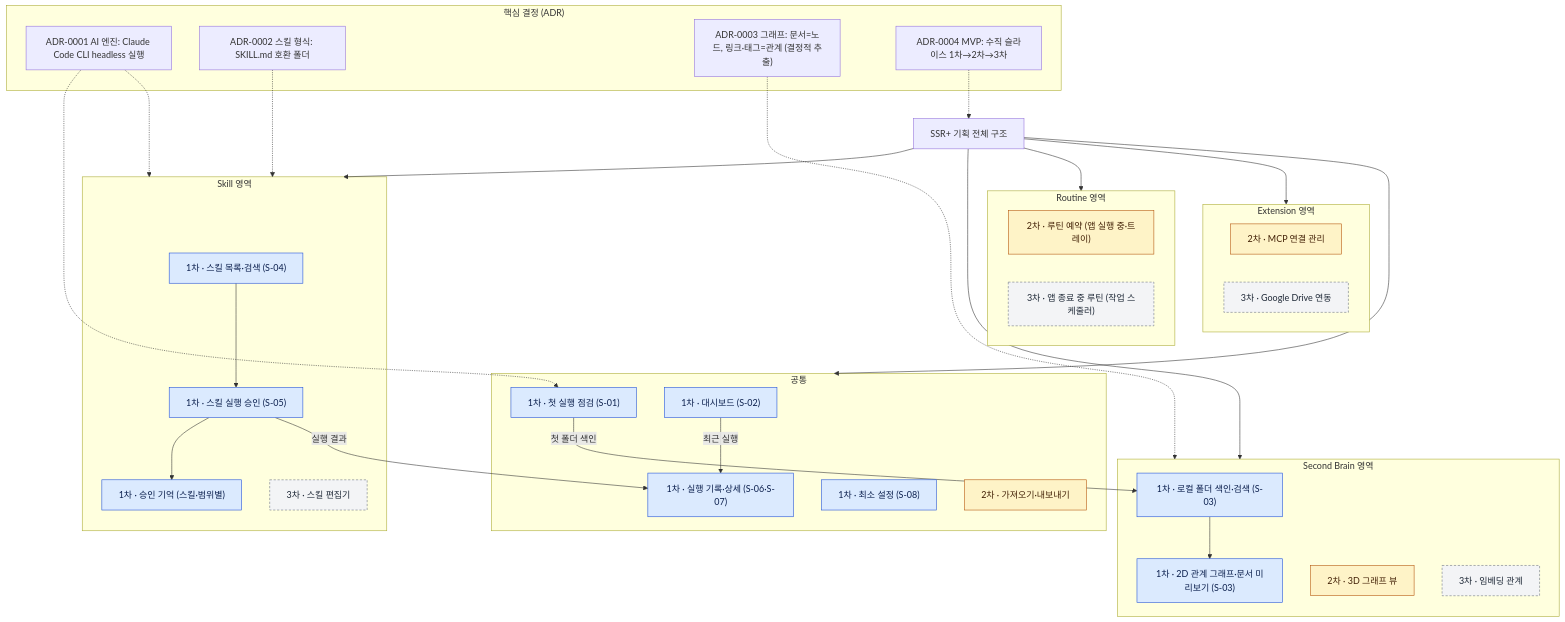
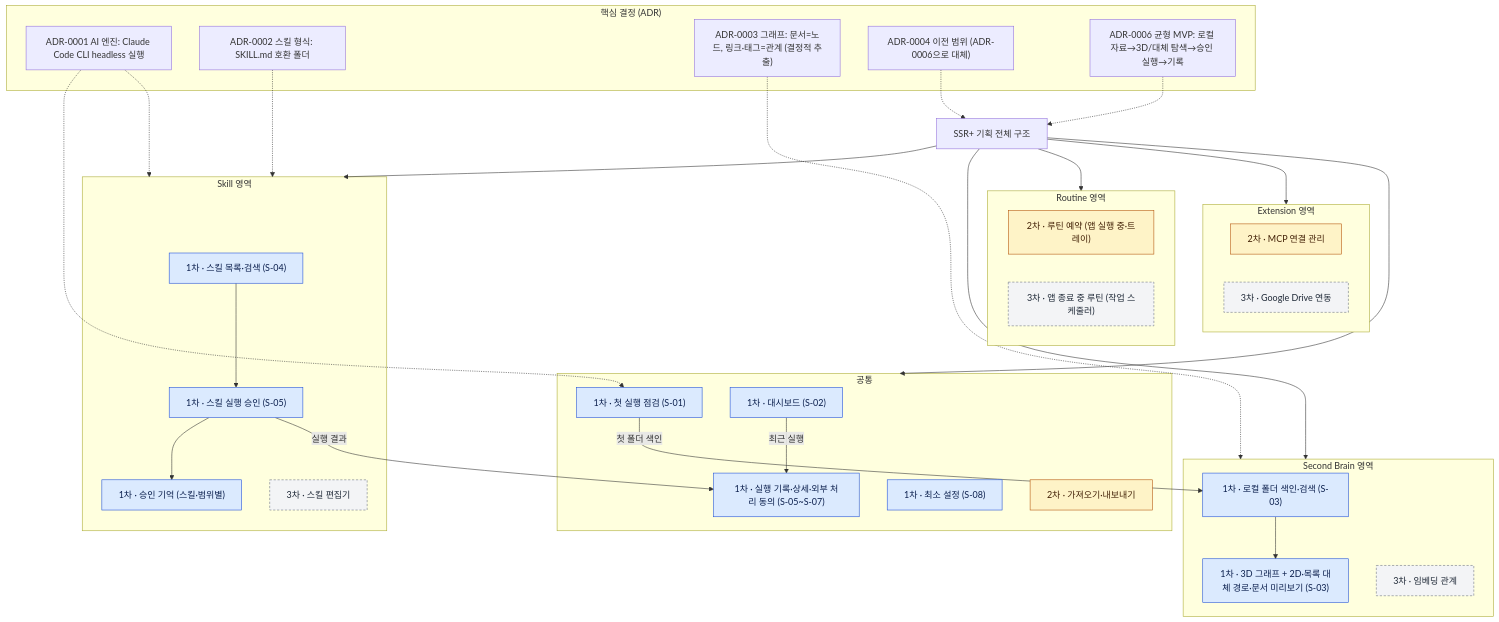
The diagram in docs/diagrams/plan-overview.mmd (DevOps0906/Nomad-Agents-Lab), drawn with Mermaid before and after one commit. The commit also changed 34 other files, not shown here.

```diff
--- a/docs/diagrams/plan-overview.mmd
+++ b/docs/diagrams/plan-overview.mmd
@@ -1,67 +1,68 @@
 flowchart TB
     root["SSR+ 기획 전체 구조"]
 
     subgraph skill["Skill 영역"]
         sk1["1차 · 스킬 목록·검색 (S-04)"]
         sk2["1차 · 스킬 실행 승인 (S-05)"]
         sk3["1차 · 승인 기억 (스킬·범위별)"]
         sk4["3차 · 스킬 편집기"]
     end
 
     subgraph brain["Second Brain 영역"]
         sb1["1차 · 로컬 폴더 색인·검색 (S-03)"]
-        sb2["1차 · 2D 관계 그래프·문서 미리보기 (S-03)"]
-        sb3["2차 · 3D 그래프 뷰"]
+        sb2["1차 · 3D 그래프 + 2D·목록 대체 경로·문서 미리보기 (S-03)"]
         sb4["3차 · 임베딩 관계"]
     end
 
     subgraph routine["Routine 영역"]
         rt1["2차 · 루틴 예약 (앱 실행 중·트레이)"]
         rt2["3차 · 앱 종료 중 루틴 (작업 스케줄러)"]
     end
 
     subgraph ext["Extension 영역"]
         ex1["2차 · MCP 연결 관리"]
         ex3["3차 · Google Drive 연동"]
     end
 
     subgraph common["공통"]
         cm1["1차 · 첫 실행 점검 (S-01)"]
         cm2["1차 · 대시보드 (S-02)"]
-        cm3["1차 · 실행 기록·상세 (S-06·S-07)"]
+        cm3["1차 · 실행 기록·상세·외부 처리 동의 (S-05~S-07)"]
         cm4["1차 · 최소 설정 (S-08)"]
         cm5["2차 · 가져오기·내보내기"]
     end
 
     root --> skill
     root --> brain
     root --> routine
     root --> ext
     root --> common
 
     sk1 --> sk2
     sk2 --> sk3
     sk2 -->|실행 결과| cm3
     cm1 -->|첫 폴더 색인| sb1
     sb1 --> sb2
     cm2 -->|최근 실행| cm3
 
     subgraph adr["핵심 결정 (ADR)"]
         adr1["ADR-0001 AI 엔진: Claude Code CLI headless 실행"]
         adr2["ADR-0002 스킬 형식: SKILL.md 호환 폴더"]
         adr3["ADR-0003 그래프: 문서=노드, 링크·태그=관계 (결정적 추출)"]
-        adr4["ADR-0004 MVP: 수직 슬라이스 1차→2차→3차"]
+        adr4["ADR-0004 이전 범위 (ADR-0006으로 대체)"]
+        adr6["ADR-0006 균형 MVP: 로컬 자료→3D/대체 탐색→승인 실행→기록"]
     end
 
     adr1 -.-> skill
     adr1 -.-> cm1
     adr2 -.-> skill
     adr3 -.-> brain
     adr4 -.-> root
 
     classDef p1 fill:#dbeafe,stroke:#1d4ed8,color:#0b1f4d
     classDef p2 fill:#fef3c7,stroke:#b45309,color:#422006
     classDef p3 fill:#f3f4f6,stroke:#6b7280,color:#1f2937,stroke-dasharray:4 3
     class sk1,sk2,sk3,sb1,sb2,cm1,cm2,cm3,cm4 p1
-    class sb3,rt1,ex1,cm5 p2
+    class rt1,ex1,cm5 p2
     class sk4,sb4,rt2,ex3 p3
+    adr6 -.-> root
```
